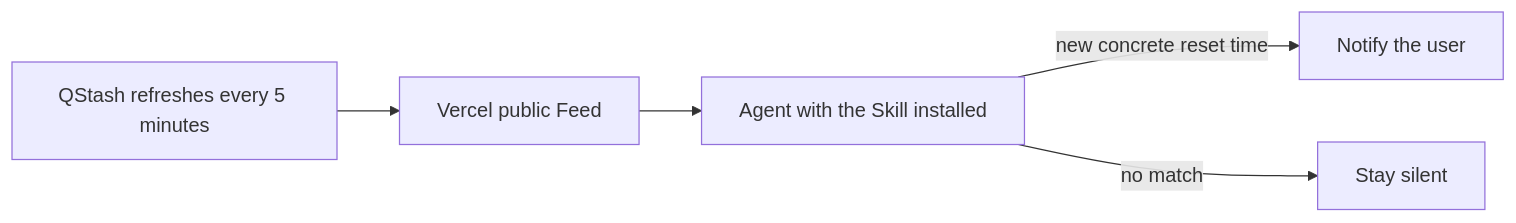
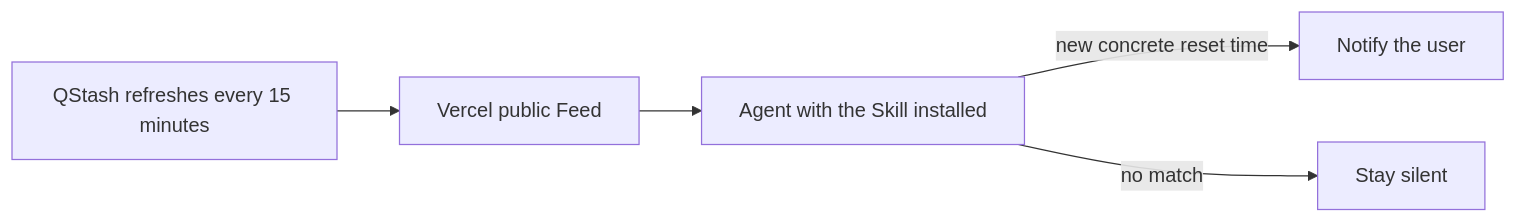
The diagram in README.en.md (Simon727/tibo_reset_reminder_skill), drawn with Mermaid before and after one commit. The commit also changed other lines of this file, not shown here.

````diff
--- a/README.en.md
+++ b/README.en.md
@@ -69,7 +69,7 @@
 ```mermaid
 flowchart LR
-    A["QStash refreshes every 5 minutes"] --> B["Vercel public Feed"]
+    A["QStash refreshes every 15 minutes"] --> B["Vercel public Feed"]
     B --> C["Agent with the Skill installed"]
     C -->|new concrete reset time| D["Notify the user"]
     C -->|no match| E["Stay silent"]
 ```
````
